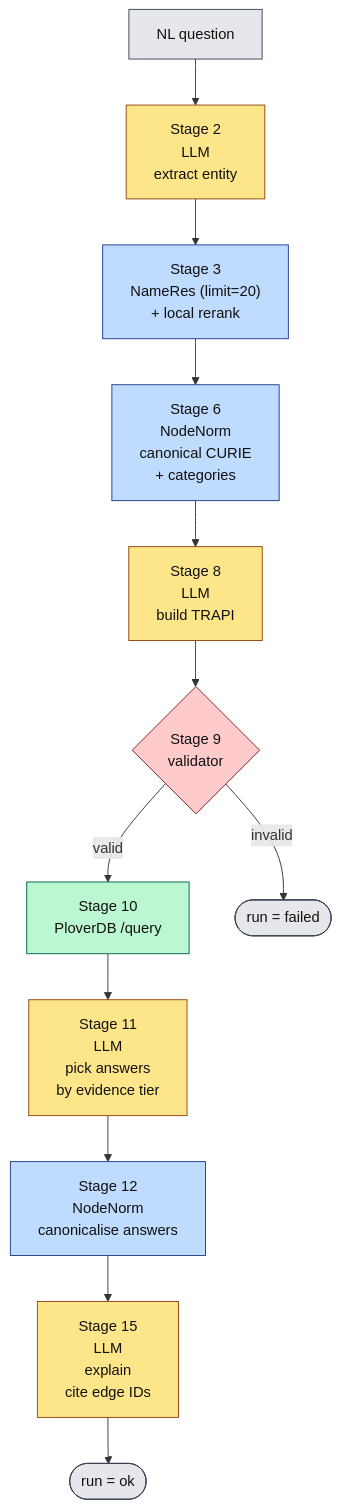
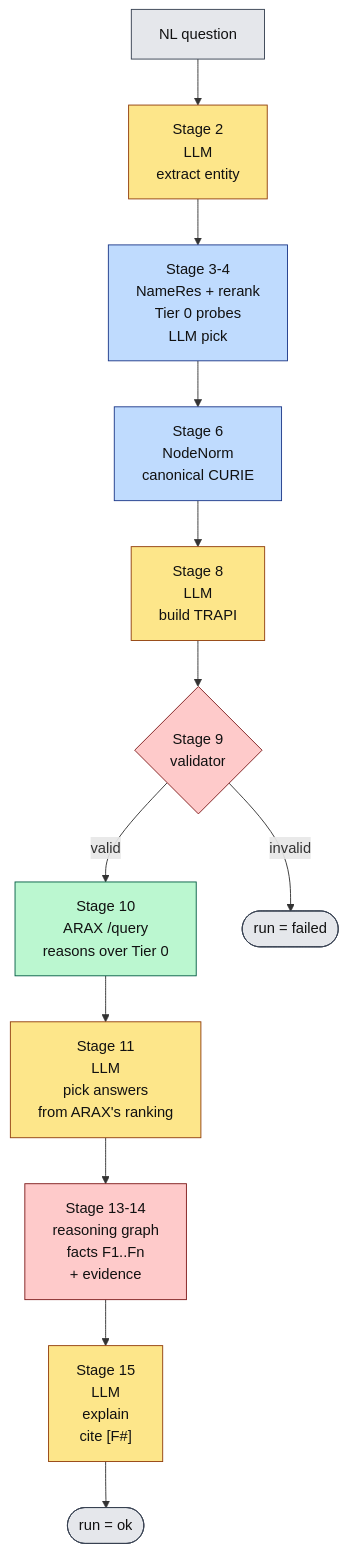
The diagram in pipeline/code/README.md (RTXteam/PloverAI), drawn with Mermaid before and after one commit. The commit also changed other lines of this file and 238 other files, not shown here.

First line of the commit message:
Replace PloverDB with ARAX over the Translator Tier 0 graph

````diff
--- a/pipeline/code/README.md
+++ b/pipeline/code/README.md
@@ -38,31 +56,31 @@
 ```mermaid
 flowchart TD
     Q["NL question"]
-    S0["Stage 2<br>LLM<br>extract entity"]
-    S05["Stage 3<br>NameRes (limit=20)<br>+ local rerank"]
-    S07["Stage 6<br>NodeNorm<br>canonical CURIE<br>+ categories"]
-    S1["Stage 8<br>LLM<br>build TRAPI"]
-    S2{"Stage 9<br>validator"}
-    S3["Stage 10<br>PloverDB /query"]
-    S4["Stage 11<br>LLM<br>pick answers<br>by evidence tier"]
-    S45["Stage 12<br>NodeNorm<br>canonicalise answers"]
-    S5["Stage 15<br>LLM<br>explain<br>cite edge IDs"]
+    S2["Stage 2<br>LLM<br>extract entity"]
+    S3["Stage 3-4<br>NameRes + rerank<br>Tier 0 probes<br>LLM pick"]
+    S6["Stage 6<br>NodeNorm<br>canonical CURIE"]
+    S8["Stage 8<br>LLM<br>build TRAPI"]
+    S9{"Stage 9<br>validator"}
+    S10["Stage 10<br>ARAX /query<br>reasons over Tier 0"]
+    S11["Stage 11<br>LLM<br>pick answers<br>from ARAX's ranking"]
+    S13["Stage 13-14<br>reasoning graph<br>facts F1..Fn<br>+ evidence"]
+    S15["Stage 15<br>LLM<br>explain<br>cite [F#]"]
     OK([run = ok])
     FAIL([run = failed])
 
-    Q --> S0 --> S05 --> S07 --> S1 --> S2
-    S2 -->|valid| S3 --> S4 --> S45 --> S5 --> OK
-    S2 -->|invalid| FAIL
+    Q --> S2 --> S3 --> S6 --> S8 --> S9
+    S9 -->|valid| S10 --> S11 --> S13 --> S15 --> OK
+    S9 -->|invalid| FAIL
 
-    classDef llm    fill:#fde68a,stroke:#92400e,color:#111
-    classDef renci  fill:#bfdbfe,stroke:#1e3a8a,color:#111
-    classDef plover fill:#bbf7d0,stroke:#065f46,color:#111
-    classDef val    fill:#fecaca,stroke:#7f1d1d,color:#111
-    classDef io     fill:#e5e7eb,stroke:#374151,color:#111
+    classDef llm      fill:#fde68a,stroke:#92400e,color:#111
+    classDef renci    fill:#bfdbfe,stroke:#1e3a8a,color:#111
+    classDef reasoner fill:#bbf7d0,stroke:#065f46,color:#111
+    classDef local    fill:#fecaca,stroke:#7f1d1d,color:#111
+    classDef io       fill:#e5e7eb,stroke:#374151,color:#111
 
-    class S0,S1,S4,S5 llm
-    class S05,S07,S45 renci
-    class S3 plover
-    class S2 val
+    class S2,S8,S11,S15 llm
+    class S3,S6 renci
+    class S10 reasoner
+    class S9,S13 local
     class Q,OK,FAIL io
 ```
````
